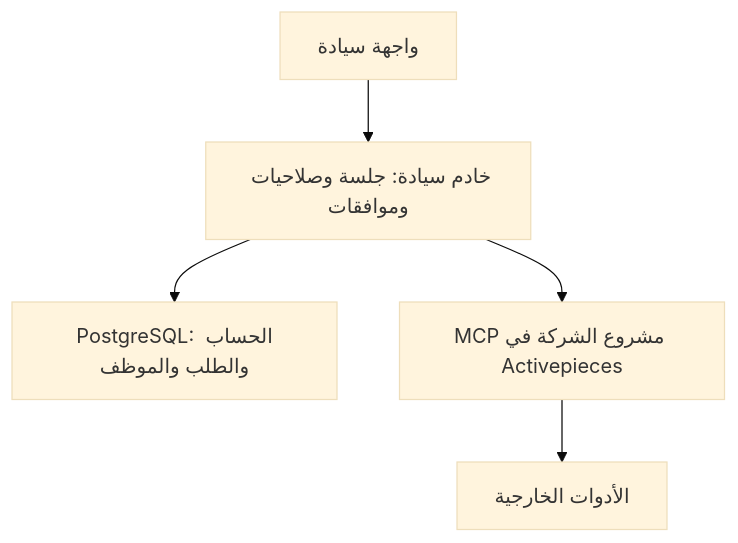
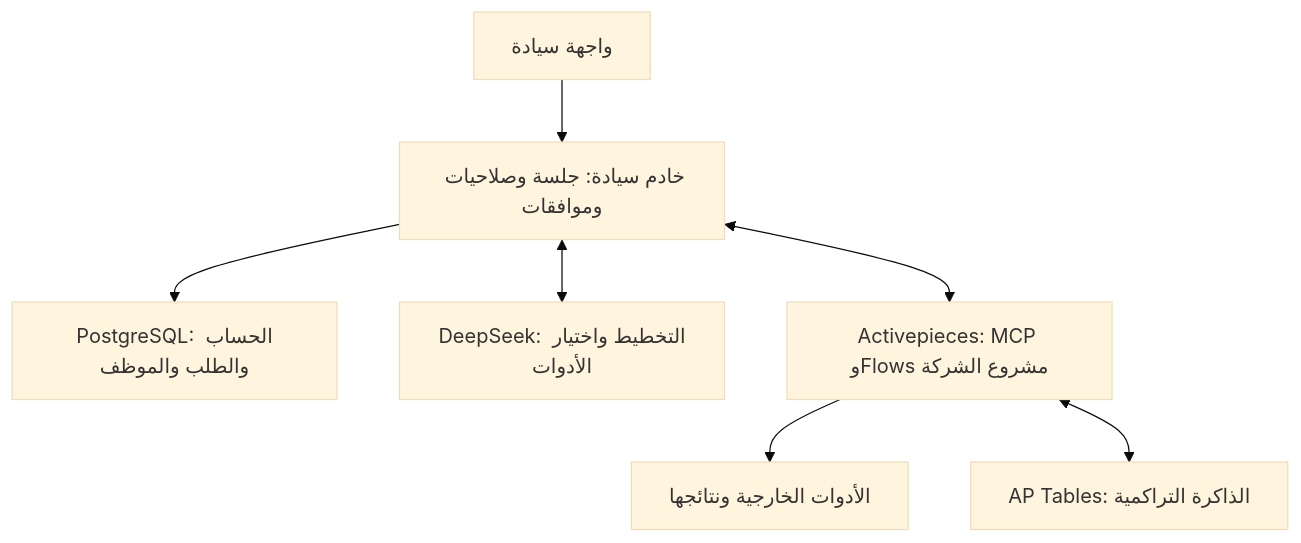
One commit to ALKHANFAR/t43 changed the diagram in ARCHITECTURE.md. Above: the diagram before and after it, drawn with Mermaid (base theme). The commit also changed other lines of this file and 5 other files, not shown here.

````diff
--- a/ARCHITECTURE.md
+++ b/ARCHITECTURE.md
@@ -5,7 +5,9 @@
 ```mermaid
 flowchart TD
   UI["واجهة سيادة"] --> API["خادم سيادة: جلسة وصلاحيات وموافقات"]
   API --> DB["PostgreSQL: الحساب والطلب والموظف"]
-  API --> MCP["MCP مشروع الشركة في Activepieces"]
-  MCP --> Tools["الأدوات الخارجية"]
+  API <--> LLM["DeepSeek: التخطيط واختيار الأدوات"]
+  API <--> MCP["Activepieces: MCP وFlows مشروع الشركة"]
+  MCP --> Tools["الأدوات الخارجية ونتائجها"]
+  MCP <--> Memory["AP Tables: الذاكرة التراكمية"]
 ```
````
